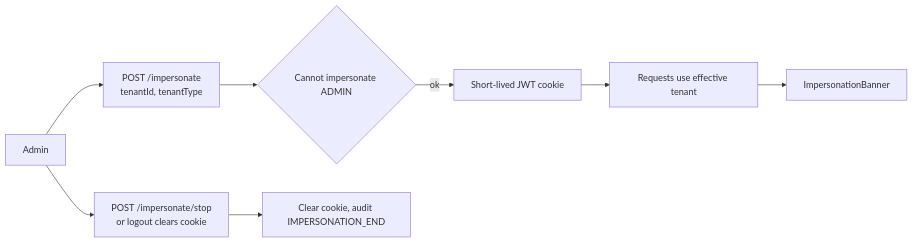
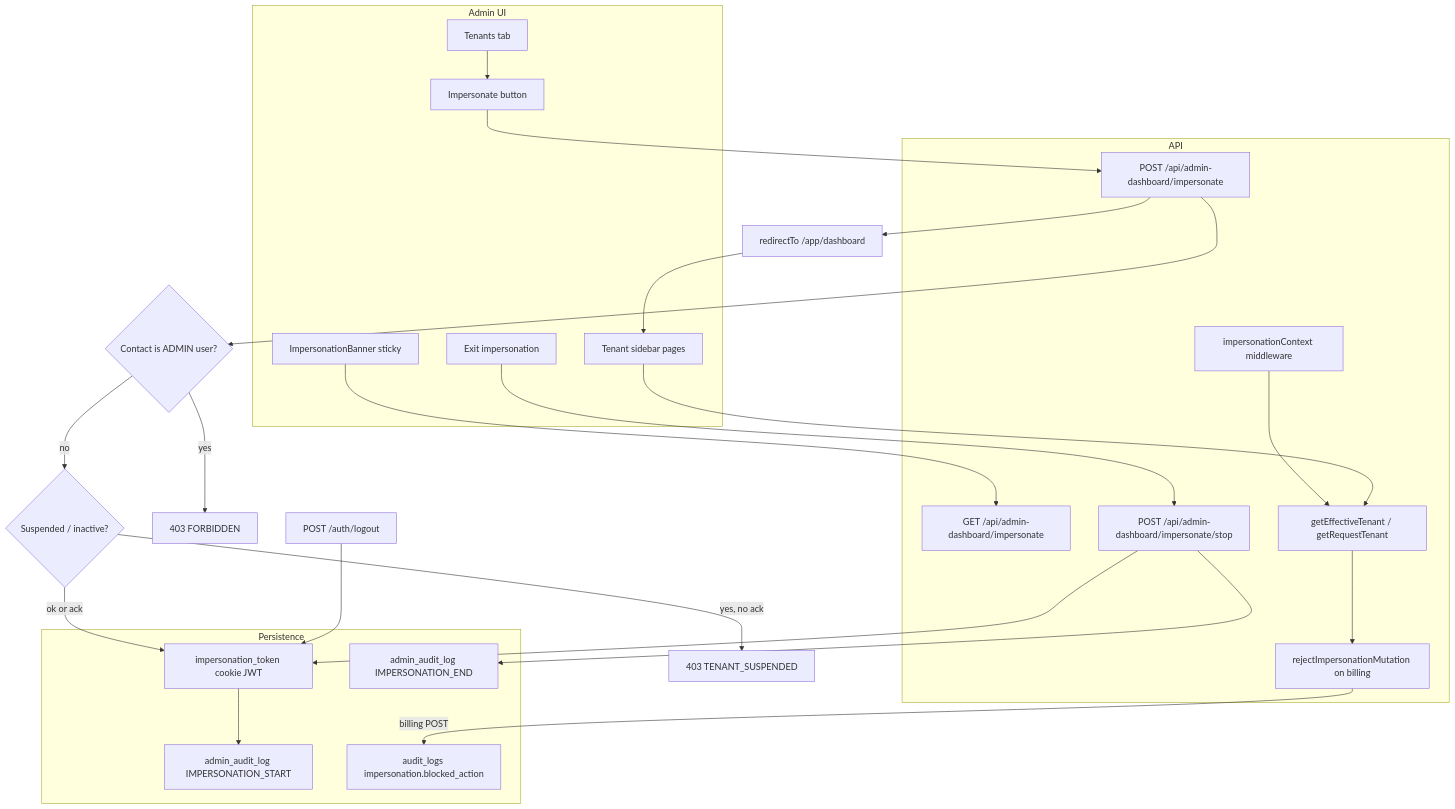
Before and after one commit to ghadimdallaldev/supplify_erp: the diagram in docs/blueprint/workflows/admin_impersonation_flow.mmd, drawn with Mermaid. The commit also changed 89 other files, not shown here.

First line of the commit message:
feat(admin): end-to-end impersonation, location addons, and branch limits

```diff
--- a/docs/blueprint/workflows/admin_impersonation_flow.mmd
+++ b/docs/blueprint/workflows/admin_impersonation_flow.mmd
@@ -1,8 +1,43 @@
-flowchart LR
-  Admin[Admin] --> Start[POST /impersonate\ntenantId, tenantType]
-  Start --> Check{Cannot impersonate ADMIN}
-  Check -->|ok| Token[Short-lived JWT cookie]
-  Token --> Request[Requests use effective tenant]
-  Request --> Banner[ImpersonationBanner]
-  Admin --> Stop[POST /impersonate/stop\nor logout clears cookie]
-  Stop --> Clear[Clear cookie, audit IMPERSONATION_END]
+flowchart TB
+  subgraph AdminUI["Admin UI"]
+    Tenants[Tenants tab]
+    Btn[Impersonate button]
+    Banner[ImpersonationBanner sticky]
+    Exit[Exit impersonation]
+    TenantNav[Tenant sidebar pages]
+  end
+
+  subgraph API["API"]
+    Start[POST /api/admin-dashboard/impersonate]
+    Status[GET /api/admin-dashboard/impersonate]
+    Stop[POST /api/admin-dashboard/impersonate/stop]
+    Ctx[impersonationContext middleware]
+    Eff[getEffectiveTenant / getRequestTenant]
+    Guard[rejectImpersonationMutation on billing]
+  end
+
+  subgraph Storage["Persistence"]
+    Cookie[impersonation_token cookie JWT]
+    AuditStart[admin_audit_log IMPERSONATION_START]
+    AuditEnd[admin_audit_log IMPERSONATION_END]
+    AuditBlock[audit_logs impersonation.blocked_action]
+  end
+
+  Tenants --> Btn --> Start
+  Start --> CheckAdmin{Contact is ADMIN user?}
+  CheckAdmin -->|yes| Deny403[403 FORBIDDEN]
+  CheckAdmin -->|no| CheckSusp{Suspended / inactive?}
+  CheckSusp -->|yes, no ack| DenySusp[403 TENANT_SUSPENDED]
+  CheckSusp -->|ok or ack| Cookie
+  Cookie --> AuditStart
+  Start --> Redirect["redirectTo /app/dashboard"]
+  Redirect --> TenantNav
+  Ctx --> Eff
+  TenantNav --> Eff
+  Eff --> Guard
+  Guard -->|billing POST| AuditBlock
+  Banner --> Status
+  Exit --> Stop
+  Stop --> Cookie
+  Stop --> AuditEnd
+  Logout[POST /auth/logout] --> Cookie
```
